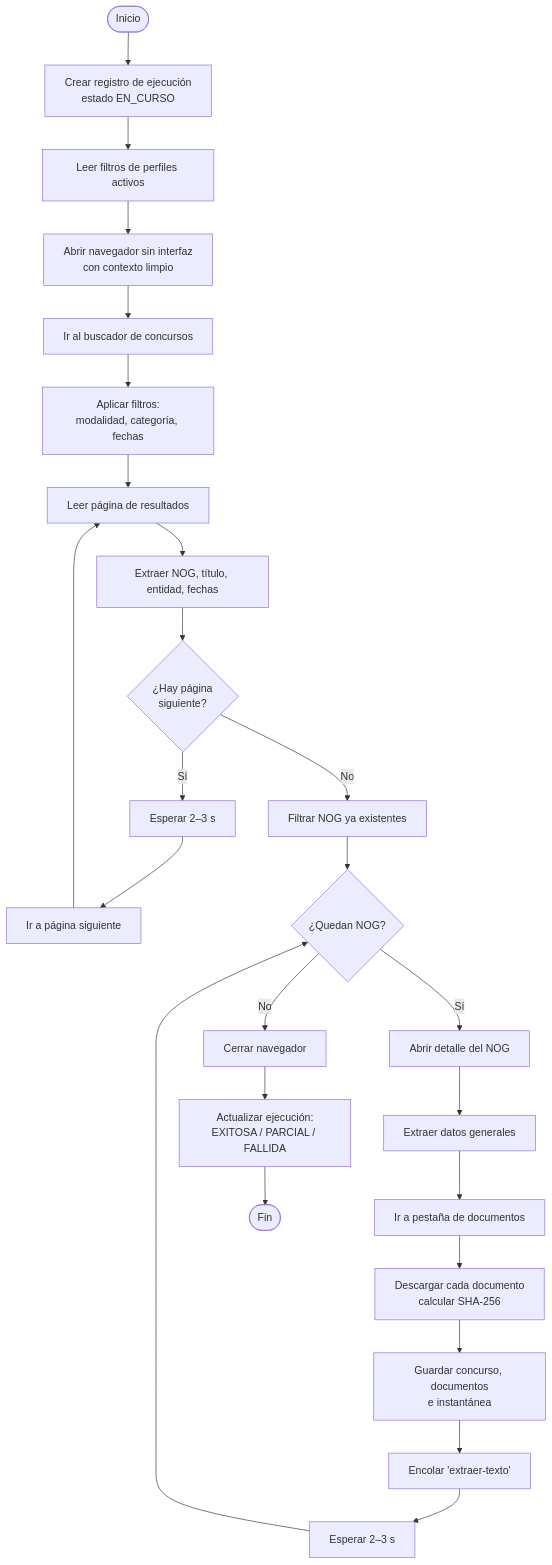
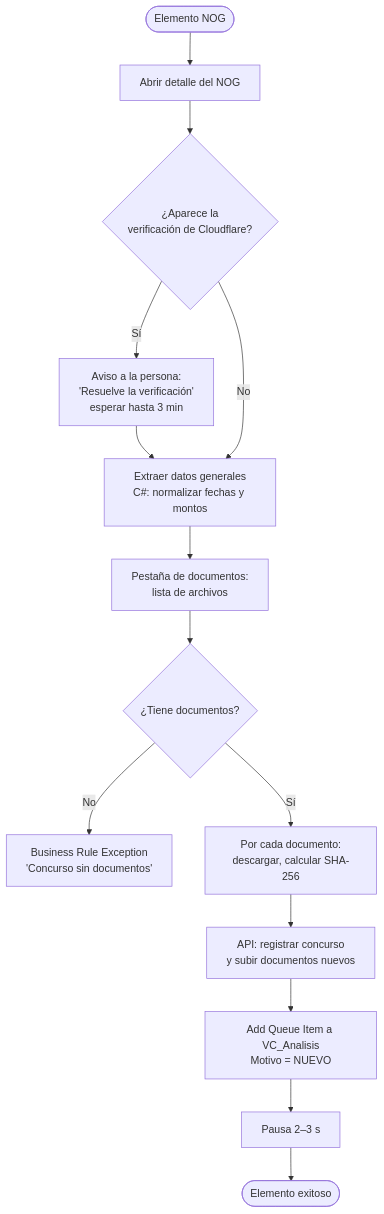
The second of 4 diagrams in docs/08-diseno-del-bot.md (DenisArango/GuateComprasRPA), drawn with Mermaid before and after one commit. The commit also changed other lines of this file and 776 other files, not shown here.

````diff
--- a/docs/08-diseno-del-bot.md
+++ b/docs/08-diseno-del-bot.md
@@ -17,24 +63,15 @@
 ```mermaid
 flowchart TD
-    A([Inicio]) --> B[Crear registro de ejecución<br/>estado EN_CURSO]
-    B --> C[Leer filtros de perfiles activos]
-    C --> D[Abrir navegador sin interfaz<br/>con contexto limpio]
-    D --> E[Ir al buscador de concursos]
-    E --> F[Aplicar filtros:<br/>modalidad, categoría, fechas]
-    F --> G[Leer página de resultados]
-    G --> H[Extraer NOG, título, entidad, fechas]
-    H --> I{¿Hay página<br/>siguiente?}
-    I -- Sí --> J[Esperar 2–3 s] --> K[Ir a página siguiente] --> G
-    I -- No --> L[Filtrar NOG ya existentes]
-    L --> M{¿Quedan NOG?}
-    M -- No --> Z
-    M -- Sí --> N[Abrir detalle del NOG]
-    N --> O[Extraer datos generales]
-    O --> P[Ir a pestaña de documentos]
-    P --> Q[Descargar cada documento<br/>calcular SHA-256]
-    Q --> R[Guardar concurso, documentos<br/>e instantánea]
-    R --> S[Encolar 'extraer-texto']
-    S --> T[Esperar 2–3 s] --> M
-    Z[Cerrar navegador] --> Y[Actualizar ejecución:<br/>EXITOSA / PARCIAL / FALLIDA]
-    Y --> FIN([Fin])
+    A([Elemento NOG]) --> B[Abrir detalle del NOG]
+    B --> V{¿Aparece la<br/>verificación de Cloudflare?}
+    V -- Sí --> HU[Aviso a la persona:<br/>'Resuelve la verificación'<br/>esperar hasta 3 min]
+    HU --> C
+    V -- No --> C[Extraer datos generales<br/>C#: normalizar fechas y montos]
+    C --> D[Pestaña de documentos:<br/>lista de archivos]
+    D --> E{¿Tiene documentos?}
+    E -- No --> BRE[Business Rule Exception<br/>'Concurso sin documentos']
+    E -- Sí --> F[Por cada documento:<br/>descargar, calcular SHA-256]
+    F --> G[API: registrar concurso<br/>y subir documentos nuevos]
+    G --> H[Add Queue Item a VC_Analisis<br/>Motivo = NUEVO]
+    H --> P[Pausa 2–3 s] --> FIN([Elemento exitoso])
 ```
````
